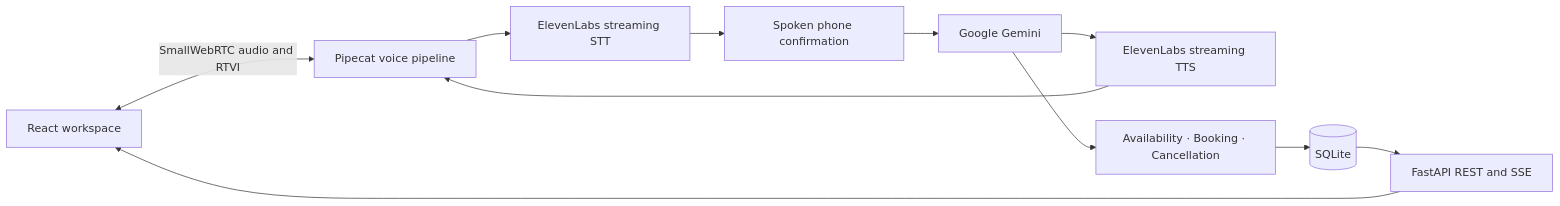
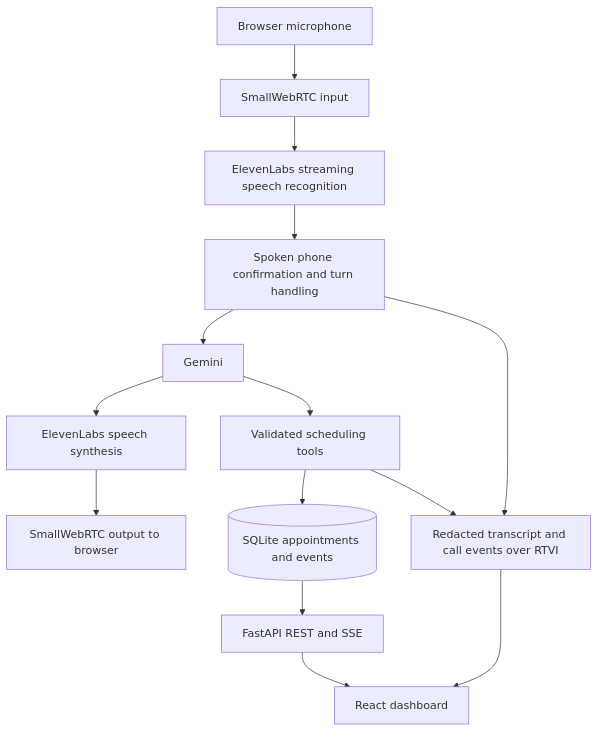
The diagram in README.md (PATHAN-0716/careline), drawn with Mermaid before and after one commit. The commit also changed other lines of this file, not shown here.

Commit message:
Expand Careline setup and architecture documentation

````diff
--- a/README.md
+++ b/README.md
@@ -36,13 +88,16 @@
 ```mermaid
-flowchart LR
-    Browser[React workspace] <-->|SmallWebRTC audio and RTVI| Pipe[Pipecat voice pipeline]
-    Pipe --> STT[ElevenLabs streaming STT]
-    STT --> Guard[Spoken phone confirmation]
-    Guard --> LLM[Google Gemini]
-    LLM --> TTS[ElevenLabs streaming TTS]
-    TTS --> Pipe
-    LLM --> Tools[Availability · Booking · Cancellation]
-    Tools --> DB[(SQLite)]
+flowchart TD
+    Mic[Browser microphone] --> Input[SmallWebRTC input]
+    Input --> STT[ElevenLabs streaming speech recognition]
+    STT --> Guard[Spoken phone confirmation and turn handling]
+    Guard --> Gemini[Gemini]
+    Gemini --> TTS[ElevenLabs speech synthesis]
+    TTS --> Speaker[SmallWebRTC output to browser]
+    Gemini --> Tools[Validated scheduling tools]
+    Tools --> DB[(SQLite appointments and events)]
     DB --> API[FastAPI REST and SSE]
-    API --> Browser
+    API --> Dashboard[React dashboard]
+    Guard --> RTVI[Redacted transcript and call events over RTVI]
+    Tools --> RTVI
+    RTVI --> Dashboard
 ```
````
